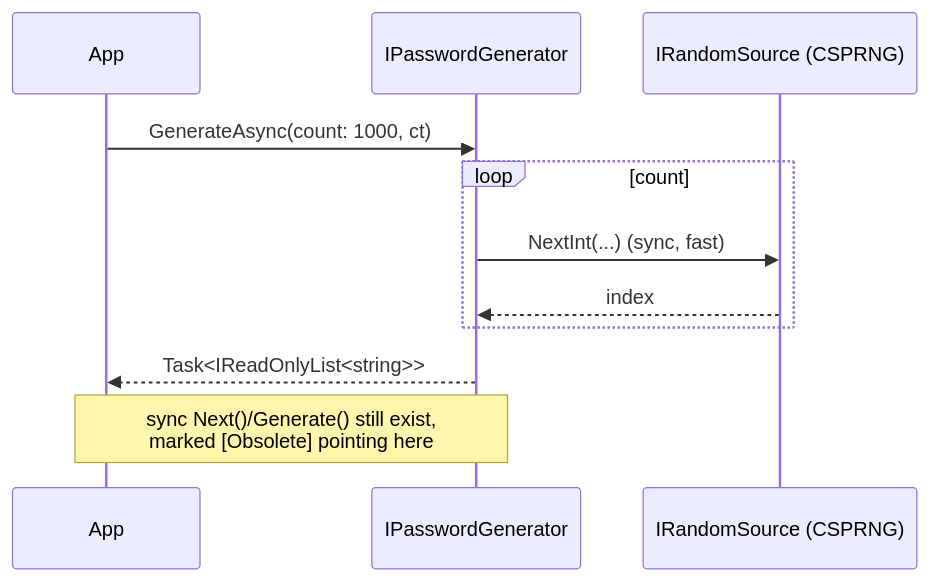
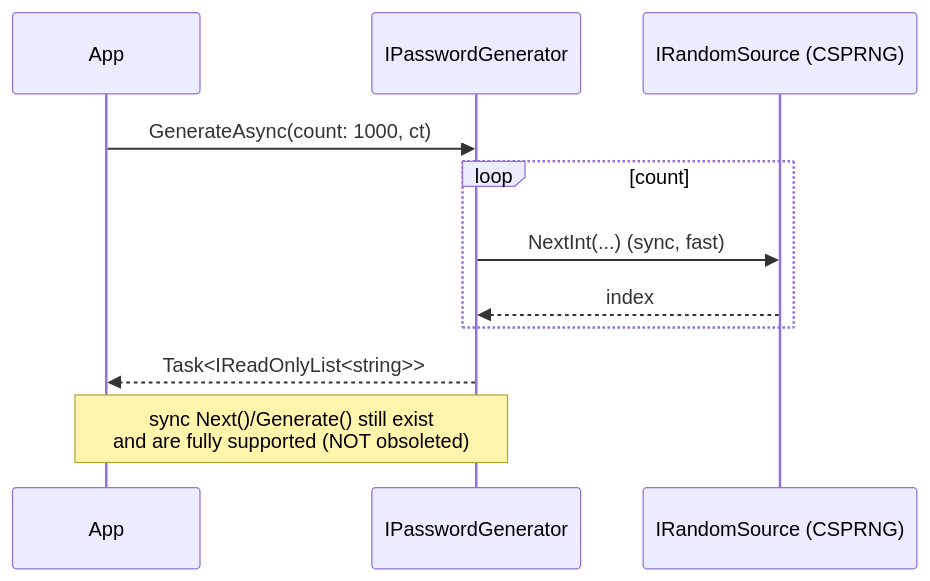
The third of 4 diagrams in docs/v3-target/generation-flow.md (prjseal/PasswordGenerator), drawn with Mermaid before and after one commit. The commit also changed other lines of this file and 7 other files, not shown here.

````diff
--- a/docs/v3-target/generation-flow.md
+++ b/docs/v3-target/generation-flow.md
@@ -46,13 +46,13 @@
 ```mermaid
 sequenceDiagram
     participant App
     participant Gen as IPasswordGenerator
     participant RNG as IRandomSource (CSPRNG)
     App->>Gen: GenerateAsync(count: 1000, ct)
     loop count
         Gen->>RNG: NextInt(...) (sync, fast)
         RNG-->>Gen: index
     end
     Gen-->>App: Task<IReadOnlyList<string>>
-    Note over App,Gen: sync Next()/Generate() still exist,<br/>marked [Obsolete] pointing here
+    Note over App,Gen: sync Next()/Generate() still exist<br/>and are fully supported (NOT obsoleted)
 ```
````
